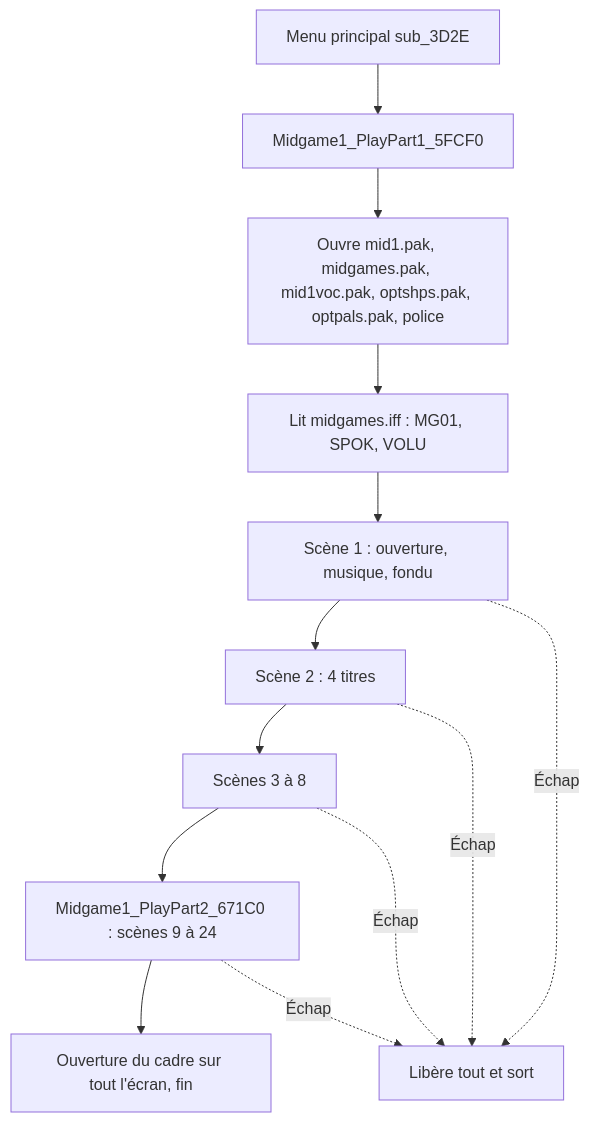
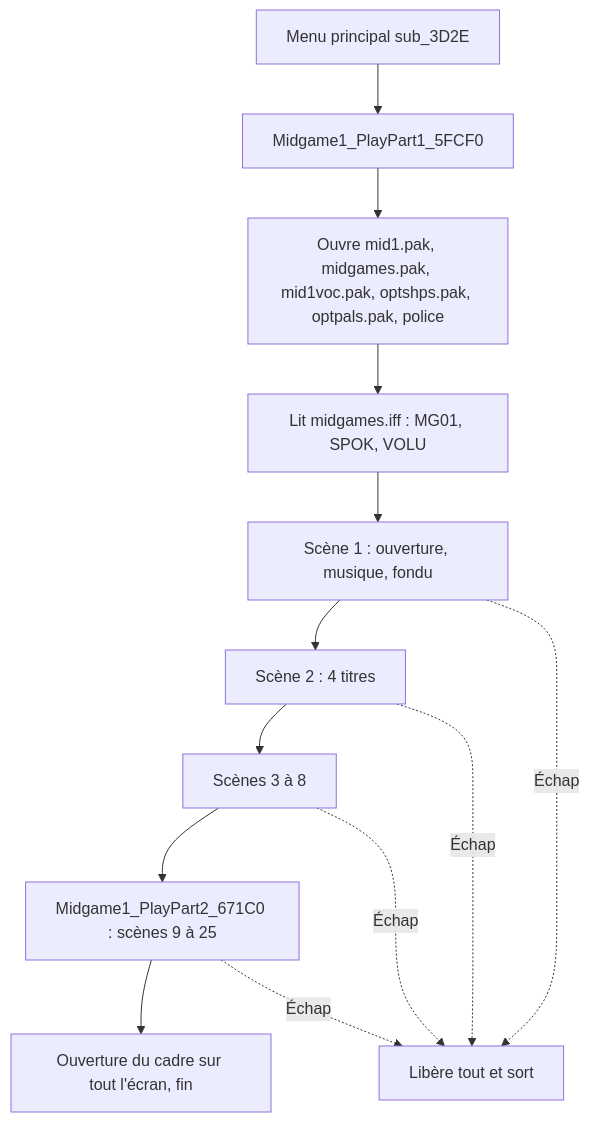
Before and after one commit to remileonard/strike_commander_re: the first of 3 diagrams in analysis/MIDGAME_SYSTEM.md, drawn with Mermaid. The commit also changed other lines of this file and 28 other files, not shown here.

````diff
--- a/analysis/MIDGAME_SYSTEM.md
+++ b/analysis/MIDGAME_SYSTEM.md
@@ -45,15 +45,15 @@
 ```mermaid
 flowchart TD
     A[Menu principal sub_3D2E] --> B[Midgame1_PlayPart1_5FCF0]
     B --> C["Ouvre mid1.pak, midgames.pak, mid1voc.pak, optshps.pak, optpals.pak, police"]
     C --> D["Lit midgames.iff : MG01, SPOK, VOLU"]
     D --> S1["Scène 1 : ouverture, musique, fondu"]
     S1 --> S2[Scène 2 : 4 titres]
     S2 --> S3[Scènes 3 à 8]
-    S3 --> P2["Midgame1_PlayPart2_671C0 : scènes 9 à 24"]
+    S3 --> P2["Midgame1_PlayPart2_671C0 : scènes 9 à 25"]
     P2 --> F[Ouverture du cadre sur tout l'écran, fin]
     S1 -. Échap .-> X[Libère tout et sort]
     S2 -. Échap .-> X
     S3 -. Échap .-> X
     P2 -. Échap .-> X
 ```
````
